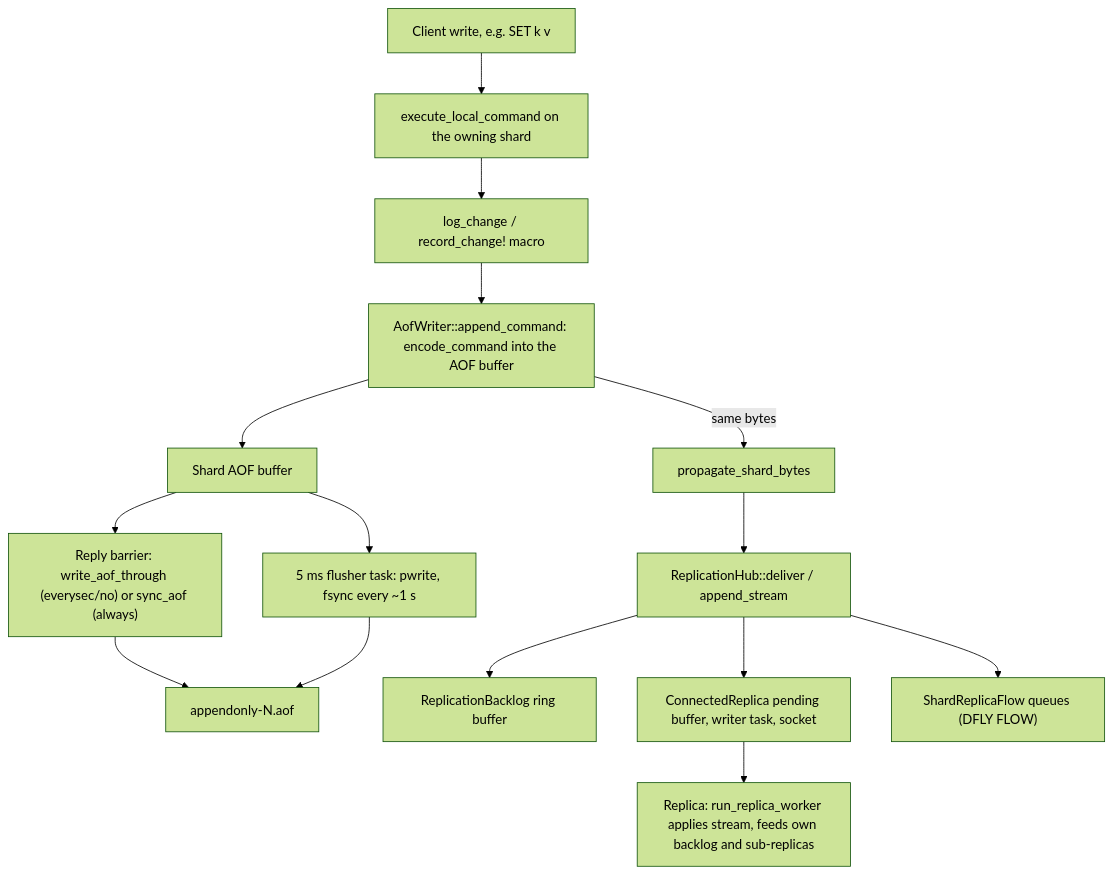
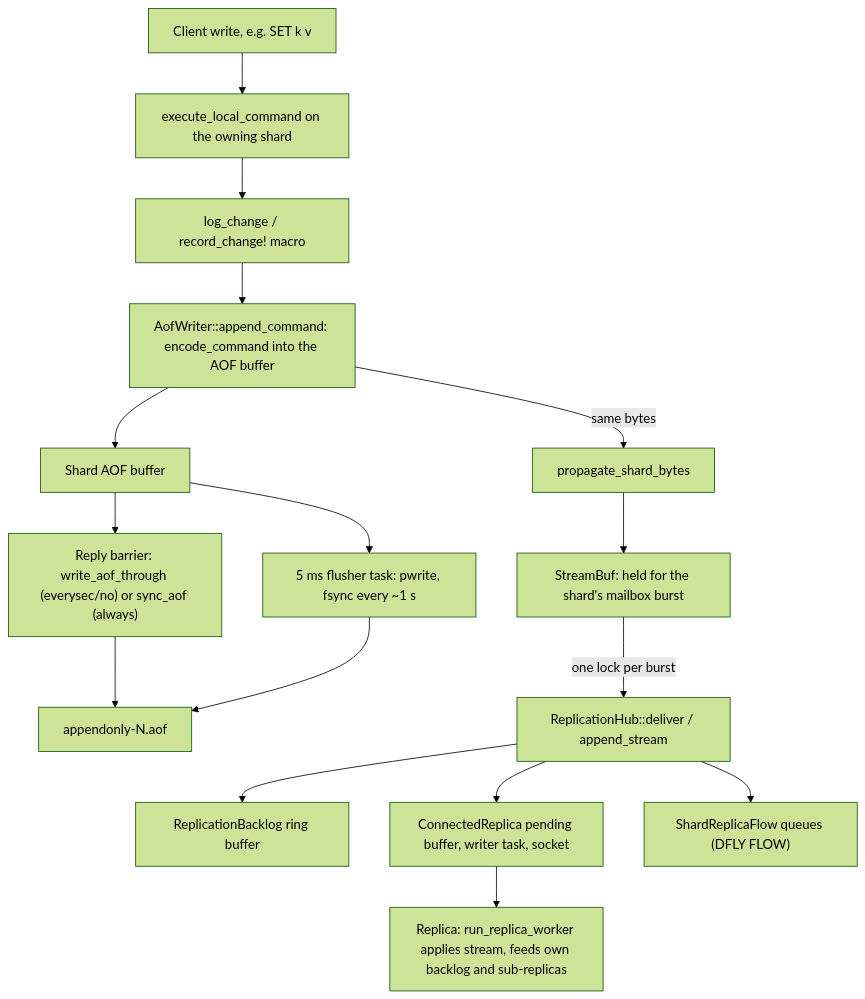
Before and after one commit to warrenzhu25/rudis: the first of 3 diagrams in docs/internal/14_persistence_replication.md, drawn with Mermaid (forest theme). The commit also changed other lines of this file and 18 other files, not shown here.

````diff
--- a/docs/internal/14_persistence_replication.md
+++ b/docs/internal/14_persistence_replication.md
@@ -41,17 +48,18 @@
 ```mermaid
 flowchart TD
     W["Client write, e.g. SET k v"] --> X["execute_local_command on the owning shard"]
     X --> L["log_change / record_change! macro"]
     L --> E["AofWriter::append_command: encode_command into the AOF buffer"]
     E --> B["Shard AOF buffer"]
     B --> F1["Reply barrier: write_aof_through (everysec/no) or sync_aof (always)"]
     B --> F2["5 ms flusher task: pwrite, fsync every ~1 s"]
     F1 --> D["appendonly-N.aof"]
     F2 --> D
     E -- "same bytes" --> P["propagate_shard_bytes"]
-    P --> H["ReplicationHub::deliver / append_stream"]
+    P --> SB["StreamBuf: held for the shard's mailbox burst"]
+    SB -- "one lock per burst" --> H["ReplicationHub::deliver / append_stream"]
     H --> BL["ReplicationBacklog ring buffer"]
     H --> R1["ConnectedReplica pending buffer, writer task, socket"]
     H --> R2["ShardReplicaFlow queues (DFLY FLOW)"]
     R1 --> RW["Replica: run_replica_worker applies stream, feeds own backlog and sub-replicas"]
 ```
````
